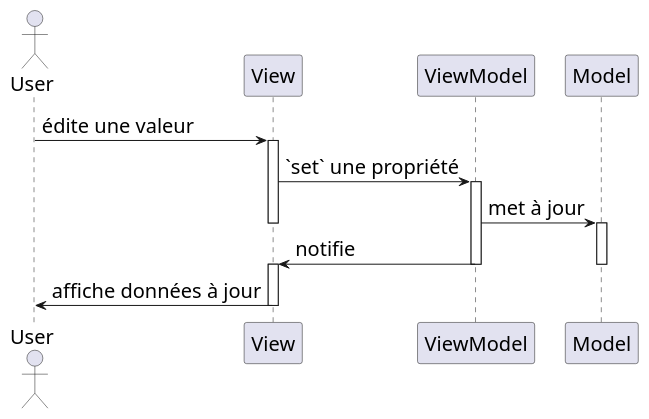
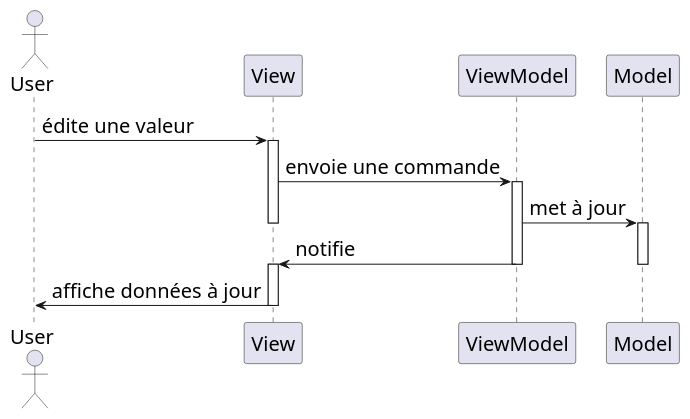
One commit to qlurkin/qlurkin.github.io changed the second of 2 diagrams in docs/courses/poo/slides/deck6/index.md. Above: the diagram before and after it, drawn with PlantUML. The commit also changed other lines of this file and 1 other file, not shown here.

````diff
--- a/docs/courses/poo/slides/deck6/index.md
+++ b/docs/courses/poo/slides/deck6/index.md
@@ -111,21 +114,21 @@
 ```plantuml {.build}
 skinparam defaultFontSize 20
 actor User
 participant View
 participant ViewModel
 participant Model
 
 User -> View: édite une valeur
 activate View
-View -> ViewModel: `set` une propriété
+View -> ViewModel: envoie une commande
 activate ViewModel
 ViewModel -> Model: met à jour
 deactivate View
 activate Model
 ViewModel -> View: notifie
 deactivate ViewModel
 deactivate Model
 activate View
 View -> User: affiche données à jour
 deactivate View
 ```
````
